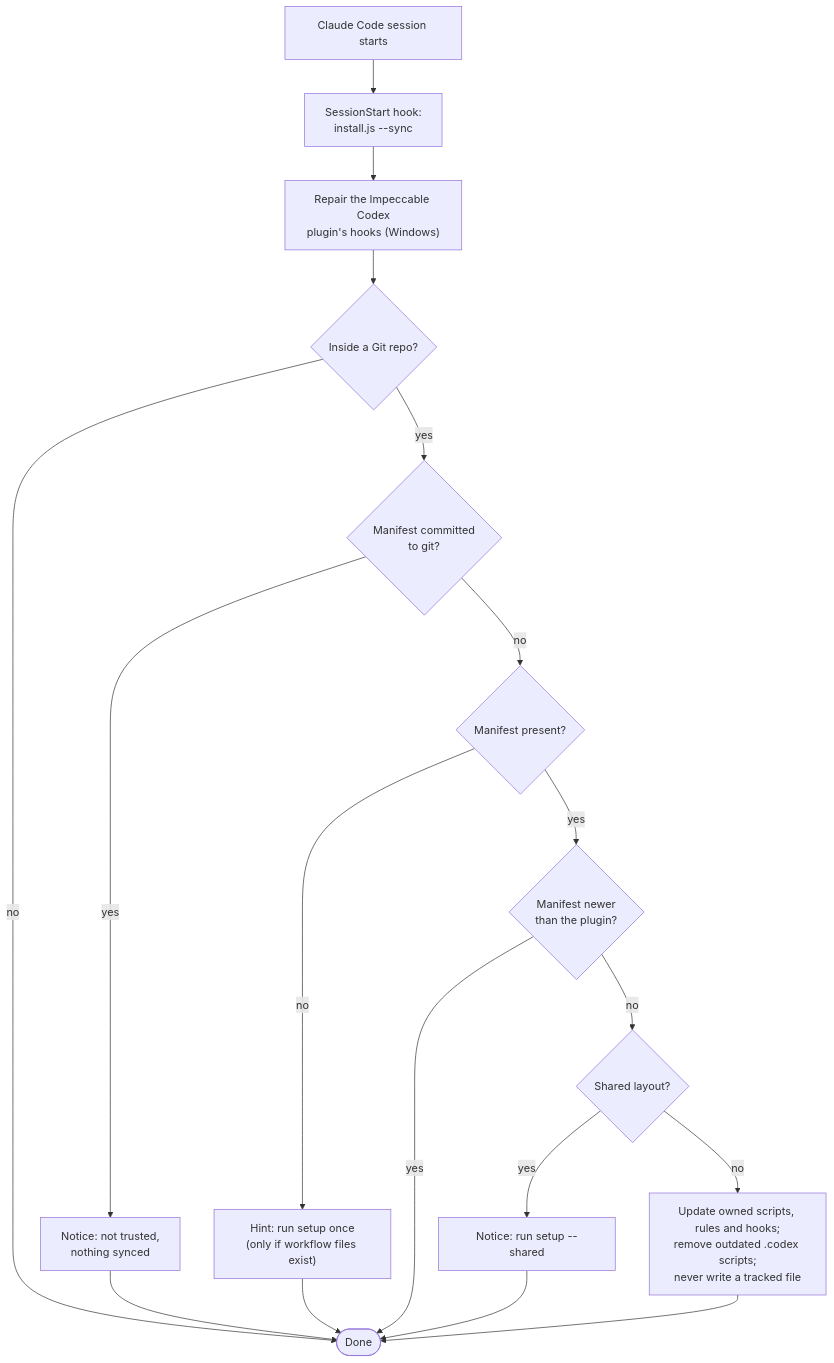
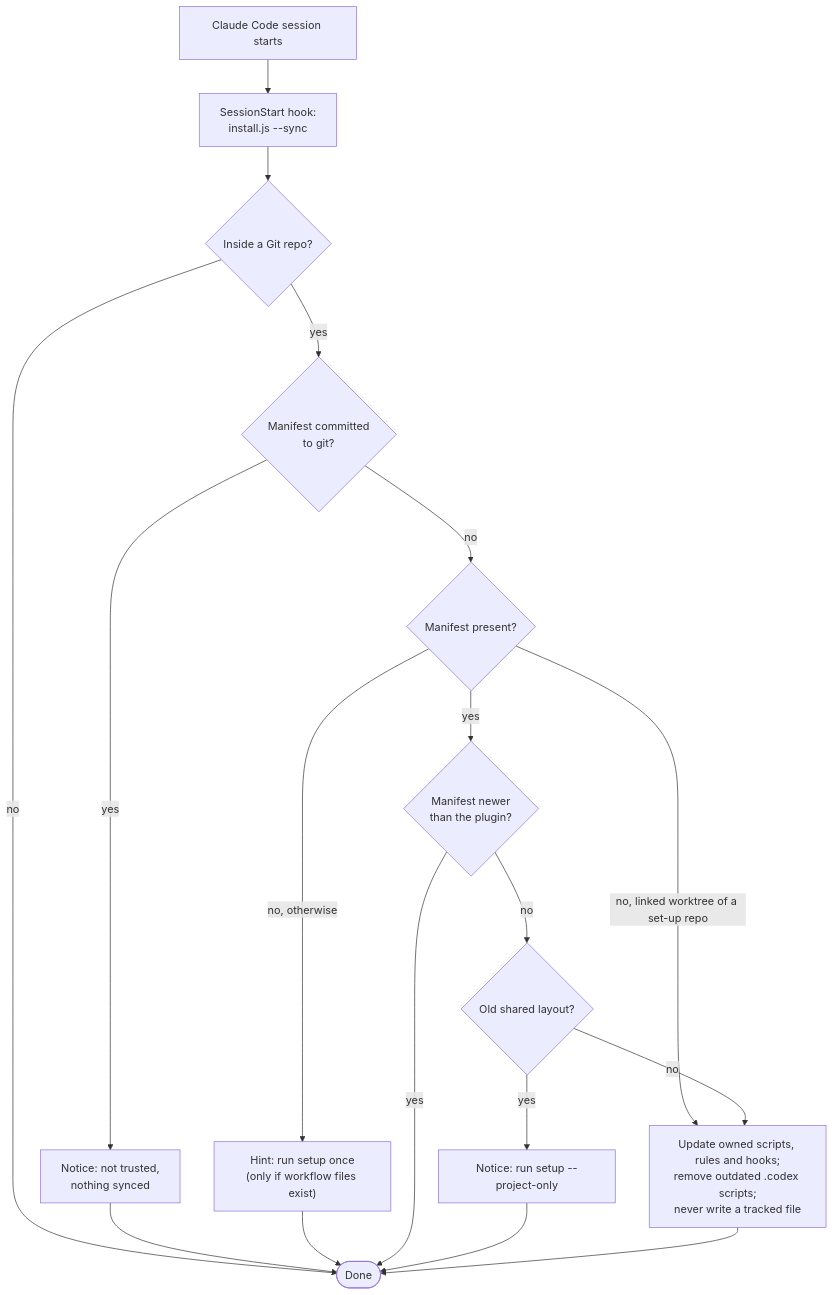
Before and after one commit to Jonrei1/dual-agent-workflow: the third of 3 diagrams in README.md, drawn with Mermaid. The commit also changed other lines of this file and 24 other files, not shown here.

Commit message:
feat: add dual-agent Claude-Codex workflow skill and templates

````diff
--- a/README.md
+++ b/README.md
@@ -258,16 +258,16 @@
 ```mermaid
 flowchart TD
     start["Claude Code session starts"] --> hook["SessionStart hook:<br/>install.js --sync"]
-    hook --> plugin["Repair the Impeccable Codex<br/>plugin's hooks (Windows)"]
-    plugin --> repo{"Inside a Git repo?"}
+    hook --> repo{"Inside a Git repo?"}
     repo -->|no| stop([Done])
     repo -->|yes| committed{"Manifest committed<br/>to git?"}
     committed -->|yes| warn1["Notice: not trusted,<br/>nothing synced"] --> stop
     committed -->|no| present{"Manifest present?"}
-    present -->|no| warn2["Hint: run setup once<br/>(only if workflow files exist)"] --> stop
+    present -->|"no, linked worktree of a set-up repo"| update
+    present -->|"no, otherwise"| warn2["Hint: run setup once<br/>(only if workflow files exist)"] --> stop
     present -->|yes| newer{"Manifest newer<br/>than the plugin?"}
     newer -->|yes| stop
-    newer -->|no| sharedq{"Shared layout?"}
-    sharedq -->|yes| warn3["Notice: run setup --shared"] --> stop
+    newer -->|no| sharedq{"Old shared layout?"}
+    sharedq -->|yes| warn3["Notice: run setup --project-only"] --> stop
     sharedq -->|no| update["Update owned scripts, rules and hooks;<br/>remove outdated .codex scripts;<br/>never write a tracked file"] --> stop
 ```
````
